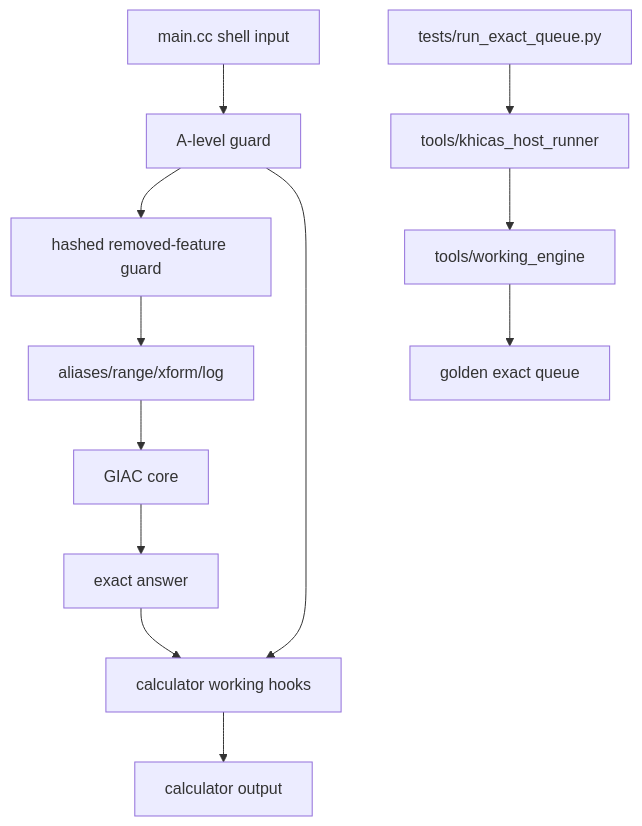
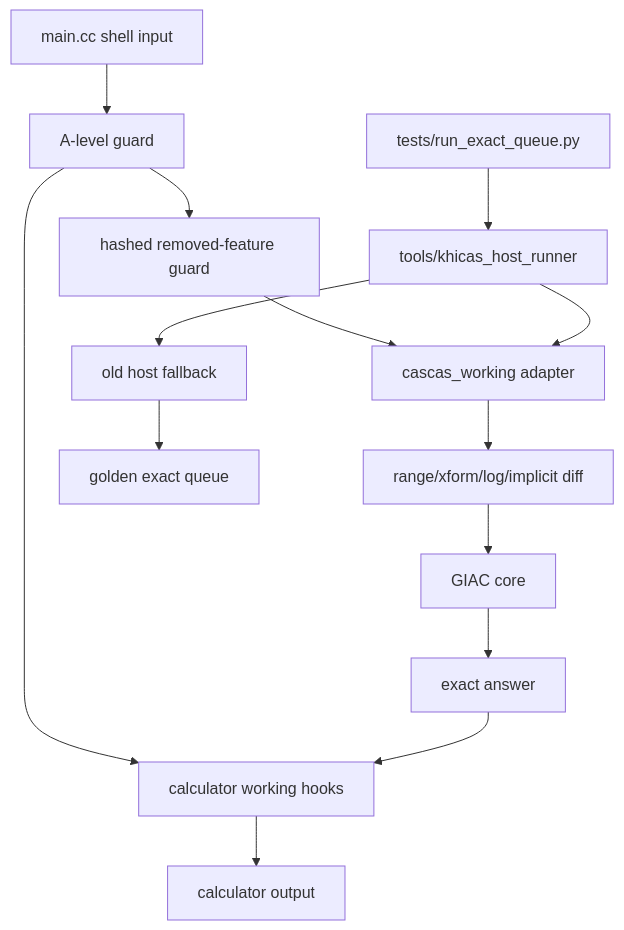
Before and after one commit to james8464/notes-addin-casio-fx-cg50: the second of 7 diagrams in docs/GRAPH.md, drawn with Mermaid. The commit also changed other lines of this file and 9 other files, not shown here.

Commit message:
add shared working adapter

````diff
--- a/docs/GRAPH.md
+++ b/docs/GRAPH.md
@@ -25,14 +25,16 @@
 ```mermaid
 graph TD
   Input["main.cc shell input"] --> Guard["A-level guard"]
   Guard --> Hash["hashed removed-feature guard"]
-  Hash --> Rewrite["aliases/range/xform/log"]
+  Hash --> Shared["cascas_working adapter"]
+  Shared --> Rewrite["range/xform/log/implicit diff"]
   Rewrite --> Giac["GIAC core"]
   Giac --> Answer["exact answer"]
   Guard --> CalcWork["calculator working hooks"]
   HostIn["tests/run_exact_queue.py"] --> HostWrap["tools/khicas_host_runner"]
-  HostWrap --> HostWork["tools/working_engine"]
+  HostWrap --> Shared
+  HostWrap --> HostWork["old host fallback"]
   Answer --> CalcWork
   CalcWork --> Console["calculator output"]
   HostWork --> Exact["golden exact queue"]
 ```
````
